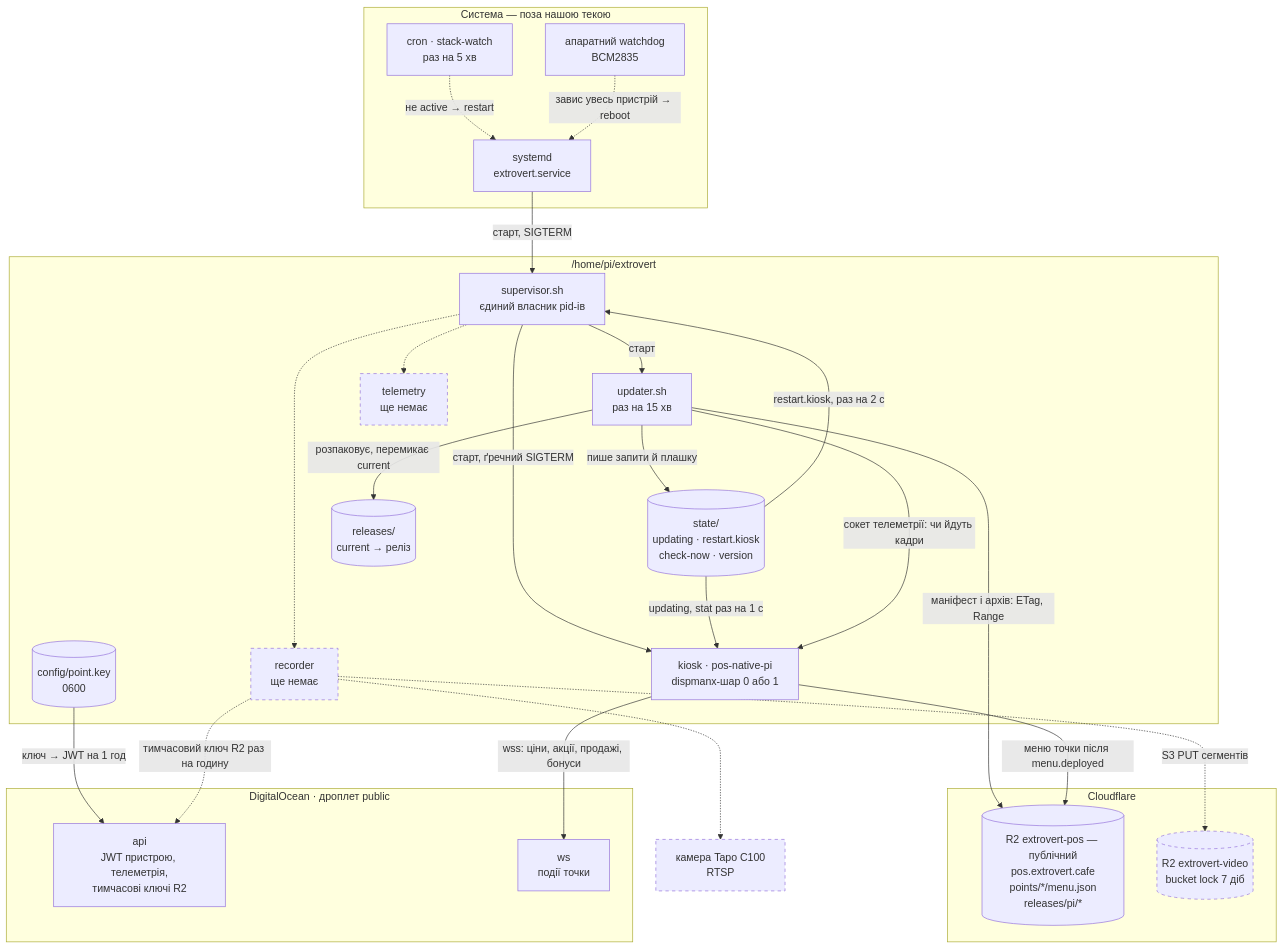
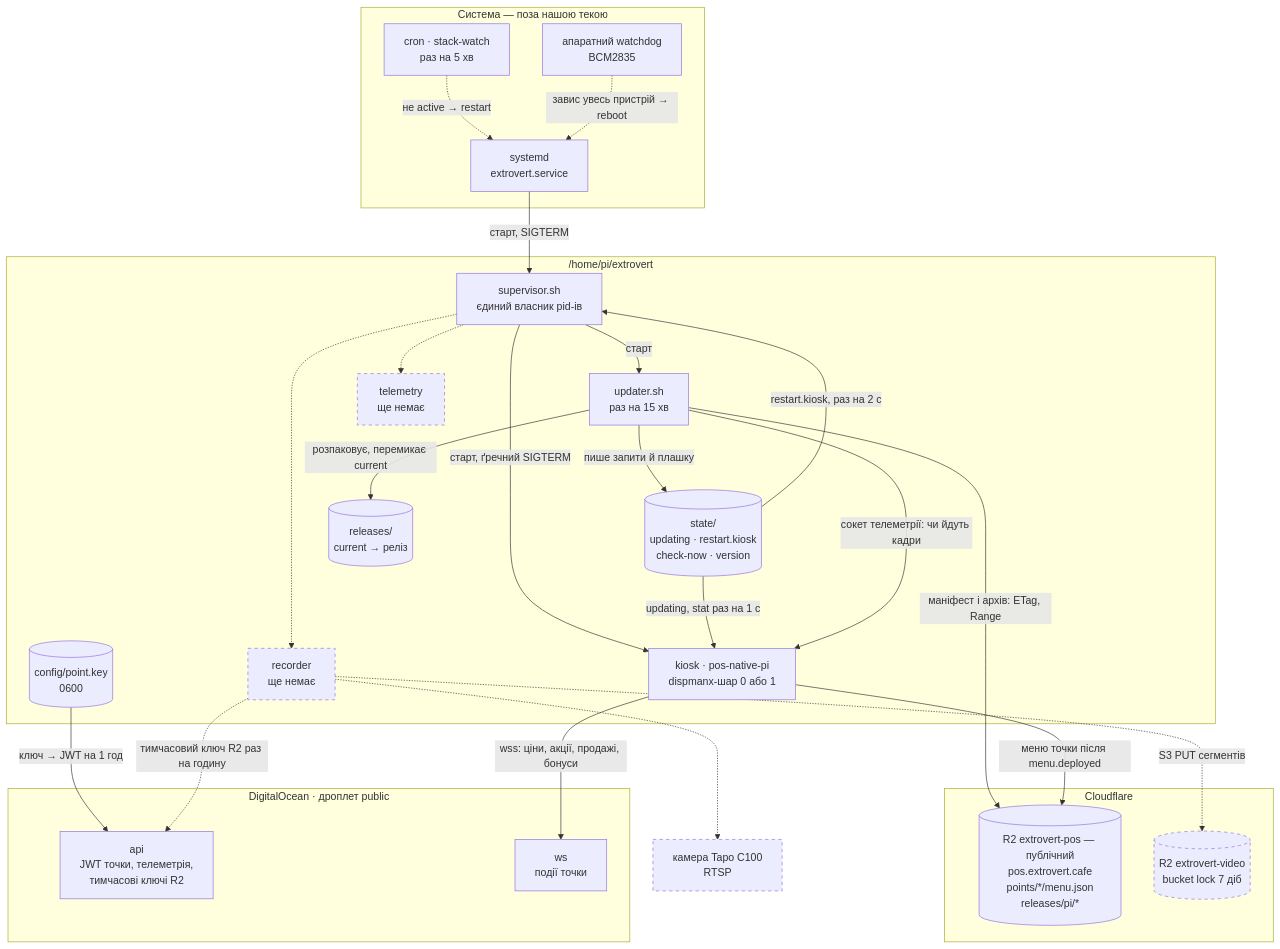
Before and after one commit to arsengoian/extrovert.cafe: the first of 2 diagrams in docs/raspberry-pi.md, drawn with Mermaid. The commit also changed other lines of this file and 6 other files, not shown here.

````diff
--- a/docs/raspberry-pi.md
+++ b/docs/raspberry-pi.md
@@ -83,53 +83,53 @@
 ```mermaid
 graph TB
   subgraph sys["Система — поза нашою текою"]
     systemd["systemd<br/>extrovert.service"]
     cron["cron · stack-watch<br/>раз на 5 хв"]
     wdog["апаратний watchdog<br/>BCM2835"]
   end
 
   subgraph root["/home/pi/extrovert"]
     sup["supervisor.sh<br/>єдиний власник pid-ів"]
     kiosk["kiosk · pos-native-pi<br/>dispmanx-шар 0 або 1"]
     upd["updater.sh<br/>раз на 15 хв"]
     rec["recorder<br/>ще немає"]:::planned
     tel["telemetry<br/>ще немає"]:::planned
     state[("state/<br/>updating · restart.kiosk<br/>check-now · version")]
     rels[("releases/<br/>current → реліз")]
     key[("config/point.key<br/>0600")]
   end
 
   subgraph cf["Cloudflare"]
     r2[("R2 extrovert-pos — публічний<br/>pos.extrovert.cafe<br/>points/*/menu.json<br/>releases/pi/*")]
     r2v[("R2 extrovert-video<br/>bucket lock 7 діб")]:::planned
   end
 
   subgraph dop["DigitalOcean · дроплет public"]
-    api["api<br/>JWT пристрою, телеметрія,<br/>тимчасові ключі R2"]
+    api["api<br/>JWT точки, телеметрія,<br/>тимчасові ключі R2"]
     ws["ws<br/>події точки"]
   end
 
   cam["камера Tapo C100<br/>RTSP"]:::planned
 
   systemd -- "старт, SIGTERM" --> sup
   cron -. "не active → restart" .-> systemd
   wdog -. "завис увесь пристрій → reboot" .-> systemd
   sup -- "старт, ґречний SIGTERM" --> kiosk
   sup -- "старт" --> upd
   sup -.-> rec
   sup -.-> tel
   upd -- "пише запити й плашку" --> state
   state -- "restart.kiosk, раз на 2 с" --> sup
   state -- "updating, stat раз на 1 с" --> kiosk
   upd -- "сокет телеметрії: чи йдуть кадри" --> kiosk
   upd -- "маніфест і архів: ETag, Range" --> r2
   kiosk -- "меню точки після menu.deployed" --> r2
   upd -- "розпаковує, перемикає current" --> rels
   key -- "ключ → JWT на 1 год" --> api
   kiosk -- "wss: ціни, акції, продажі, бонуси" --> ws
   rec -. "тимчасовий ключ R2 раз на годину" .-> api
   rec -. "S3 PUT сегментів" .-> r2v
   rec -.-> cam
 
   classDef planned stroke-dasharray: 5 5
 ```
````
